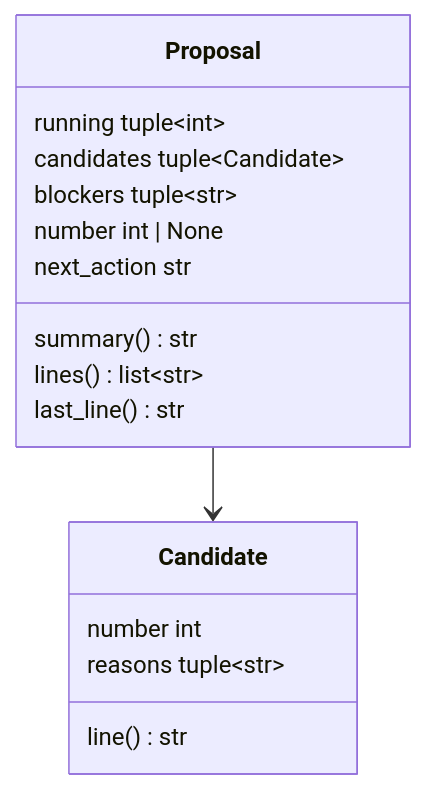
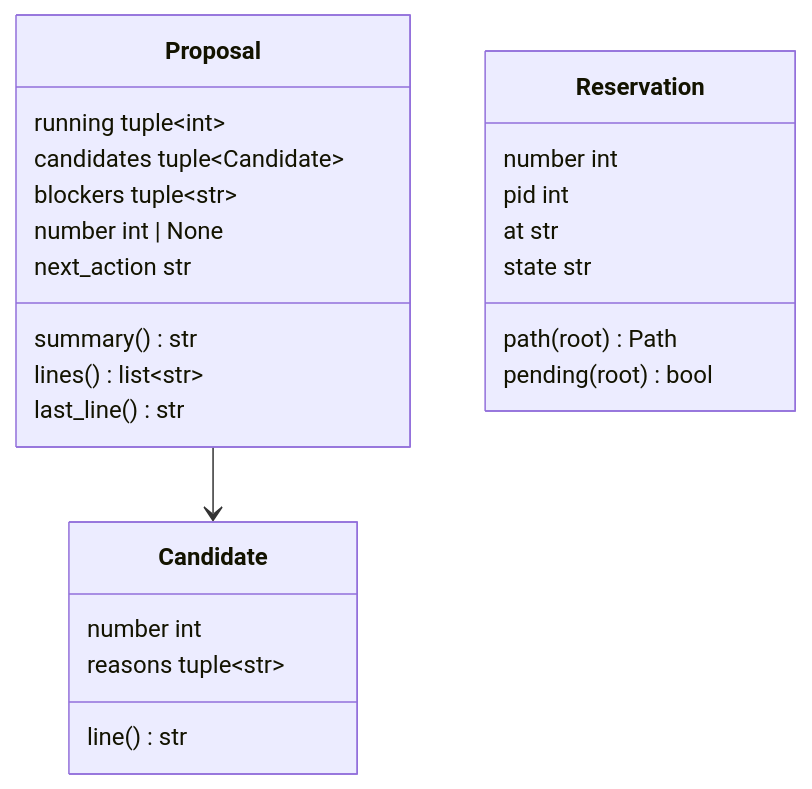
The second of 3 diagrams in docs/architecture/modules/next_ticket.md (plaplanche/ariane), drawn with Mermaid before and after one commit. The commit also changed other lines of this file and 27 other files, not shown here.

````diff
--- a/docs/architecture/modules/next_ticket.md
+++ b/docs/architecture/modules/next_ticket.md
@@ -56,19 +62,27 @@
 ```mermaid
 classDiagram
 class Candidate {
   number int
   reasons tuple~str~
   line() str
 }
 class Proposal {
   running tuple~int~
   candidates tuple~Candidate~
   blockers tuple~str~
   number int | None
   next_action str
   summary() str
   lines() list~str~
   last_line() str
 }
+class Reservation {
+  number int
+  pid int
+  at str
+  state str
+  path(root) Path
+  pending(root) bool
+}
 Proposal --> Candidate
 ```
````
